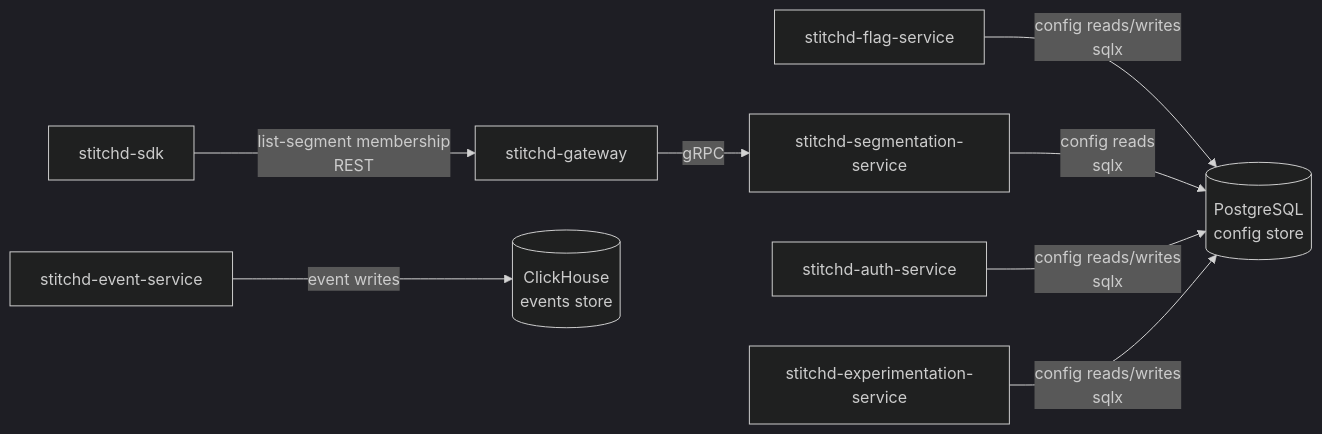
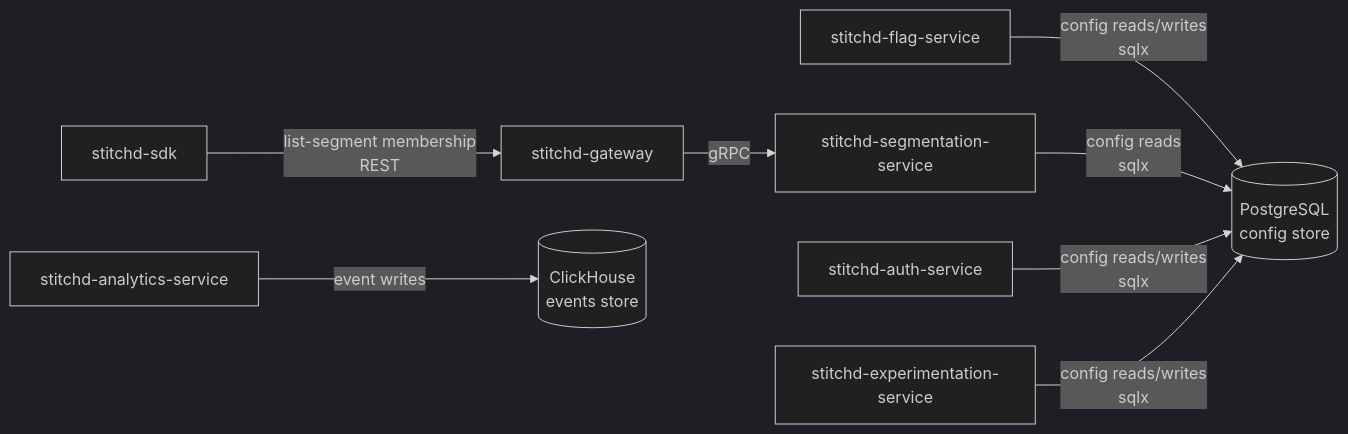
One commit to stitchd-dev/feature-flag changed the diagram in docs/src/architecture/data-stores.md. Above: the diagram before and after it, drawn with Mermaid (dark theme). The commit also changed other lines of this file and 15 other files, not shown here.

First line of the commit message:
chore(workspace): delete orphan events/v1 proto + retired event-service docs (task 3.10)

````diff
--- a/docs/src/architecture/data-stores.md
+++ b/docs/src/architecture/data-stores.md
@@ -8,18 +8,18 @@
 ```mermaid
 graph LR
     GW[stitchd-gateway]
     FS[stitchd-flag-service]
     SS[stitchd-segmentation-service]
     AS[stitchd-auth-service]
     XS[stitchd-experimentation-service]
-    ES[stitchd-event-service]
+    ANS[stitchd-analytics-service]
 
     FS -->|config reads/writes\nsqlx| PG[(PostgreSQL\nconfig store)]
     SS -->|config reads\nsqlx| PG
     AS -->|config reads/writes\nsqlx| PG
     XS -->|config reads/writes\nsqlx| PG
-    ES -->|event writes| CH[(ClickHouse\nevents store)]
+    ANS -->|event writes| CH[(ClickHouse\nevents store)]
 
     SDK[stitchd-sdk] -->|list-segment membership\nREST| GW
     GW -->|gRPC| SS
 ```
````
